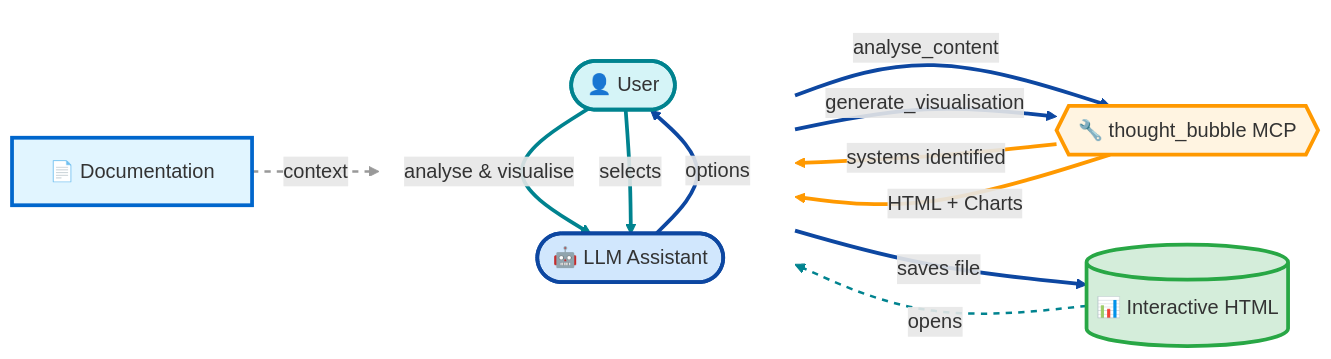
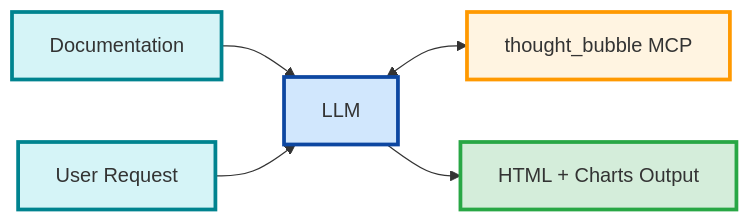
Before and after one commit to earlyprototype/thought_bubble: the first of 6 diagrams in README.md, drawn with Mermaid.

Commit message:
feat: Enhance README with optimized diagram for clarity
This commit introduces a refined and more efficient Mermaid diagram in the README.md. The update streamlines the visual representation of the Model Context Protocol (MCP) server's workflow, enhancing clarity and immediate comprehension for new adopters and contributors. This optimization contributes to improved documentation scalability and developer onboarding efficiency, ultimately supporting greater project reliability and faster iteration cycles.

````diff
--- a/README.md
+++ b/README.md
@@ -47,42 +47,13 @@
 ```mermaid
-flowchart LR
-    Doc[📄 Documentation]
+graph LR
+    A[Documentation] --> C[LLM]
+    B[User Request] --> C
+    C <--> D[thought_bubble MCP]
+    C --> E[HTML + Charts Output]
     
-    subgraph main[" "]
-        direction TB
-        User([👤 User])
-        LLM([🤖 LLM Assistant])
-    end
-    
-    MCP{{🔧 thought_bubble MCP}}
-    HTML[(📊 Interactive HTML)]
-    
-    Doc -.->|context| LLM
-    User ==>|analyse & visualise| LLM
-    LLM ==>|analyse_content| MCP
-    MCP ==>|systems identified| LLM
-    LLM ==>|options| User
-    User ==>|selects| LLM
-    LLM ==>|generate_visualisation| MCP
-    MCP ==>|HTML + Charts| LLM
-    LLM ==>|saves file| HTML
-    HTML -.->|opens| User
-    
-    style Doc fill:#e1f5ff,stroke:#0066cc,stroke-width:3px
-    style HTML fill:#d4edda,stroke:#28a745,stroke-width:3px
-    style MCP fill:#fff4e1,stroke:#ff9900,stroke-width:3px
-    style User fill:#d5f4f7,stroke:#00838f,stroke-width:3px
-    style LLM fill:#d1e7fd,stroke:#0d47a1,stroke-width:3px
-    style main fill:none,stroke:none
-    
-    linkStyle 0 stroke:#999,stroke-width:2px,stroke-dasharray:5
-    linkStyle 1 stroke:#00838f,stroke-width:3px
-    linkStyle 2 stroke:#0d47a1,stroke-width:3px
-    linkStyle 3 stroke:#ff9900,stroke-width:3px
-    linkStyle 4 stroke:#0d47a1,stroke-width:3px
-    linkStyle 5 stroke:#00838f,stroke-width:3px
-    linkStyle 6 stroke:#0d47a1,stroke-width:3px
-    linkStyle 7 stroke:#ff9900,stroke-width:3px
-    linkStyle 8 stroke:#0d47a1,stroke-width:3px
-    linkStyle 9 stroke:#00838f,stroke-width:2px,stroke-dasharray:5
+    style A fill:#d5f4f7,stroke:#00838f,stroke-width:3px
+    style B fill:#d5f4f7,stroke:#00838f,stroke-width:3px
+    style C fill:#d1e7fd,stroke:#0d47a1,stroke-width:3px
+    style D fill:#fff4e1,stroke:#ff9900,stroke-width:3px
+    style E fill:#d4edda,stroke:#28a745,stroke-width:3px
 ```
````
